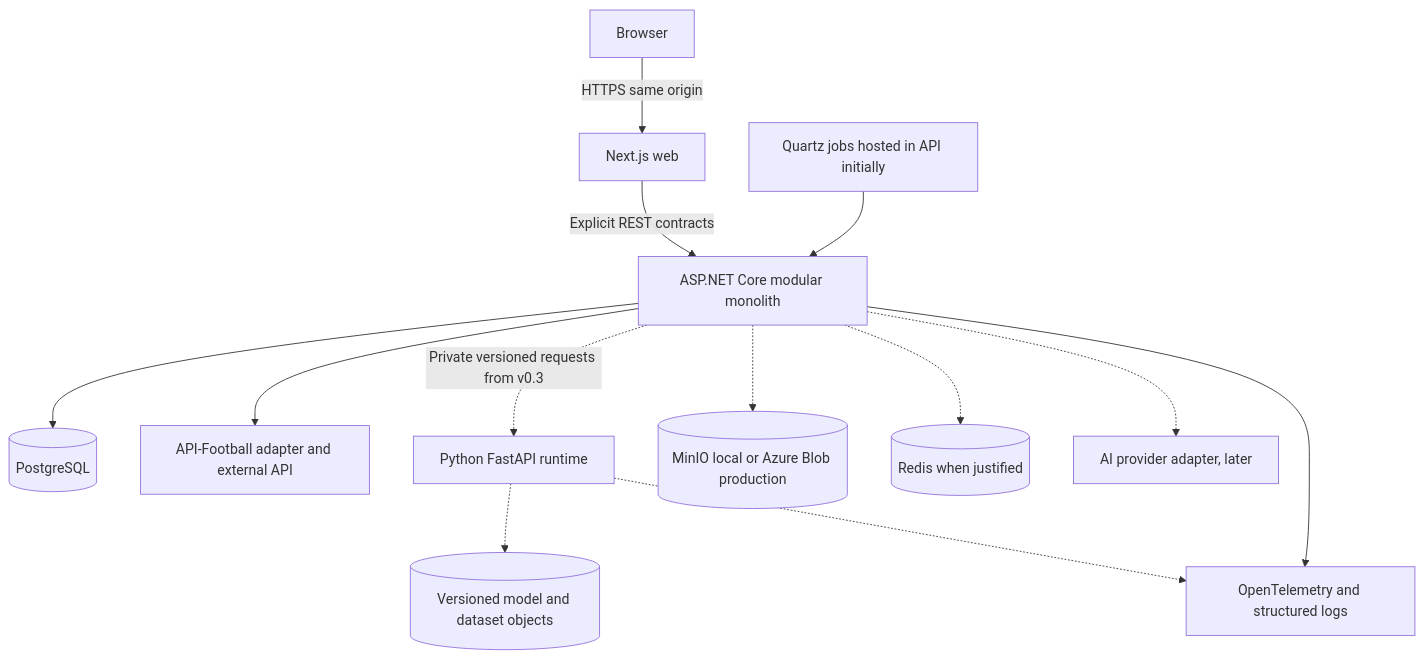
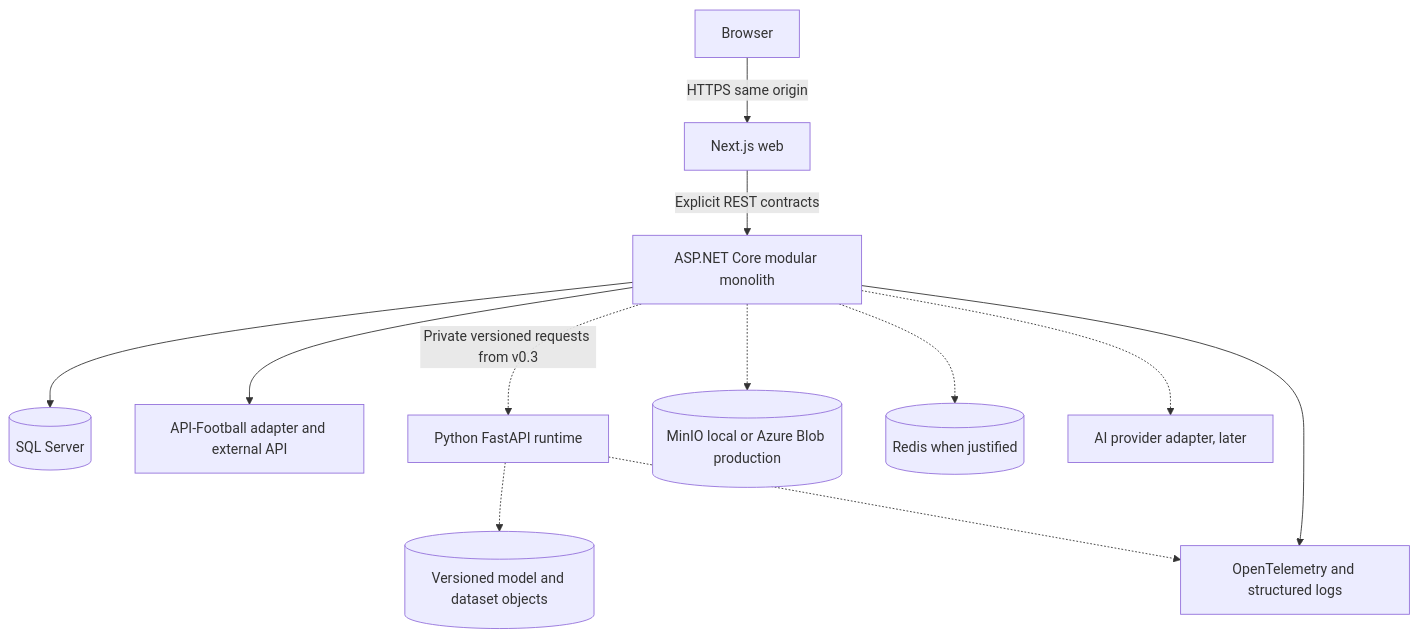
The diagram in docs/architecture/container-view.md (jfrodriguezva/IntelligenceStudio), drawn with Mermaid before and after one commit. The commit also changed other lines of this file and 5 other files, not shown here.

Commit message:
Record SQL Server manual refresh decision

````diff
--- a/docs/architecture/container-view.md
+++ b/docs/architecture/container-view.md
@@ -3,15 +3,14 @@
 ```mermaid
 flowchart TB
     Browser[Browser] -->|HTTPS same origin| Web[Next.js web]
     Web -->|Explicit REST contracts| API[ASP.NET Core modular monolith]
-    API --> PG[(PostgreSQL)]
+    API --> DB[(SQL Server)]
     API --> Provider[API-Football adapter and external API]
-    Jobs[Quartz jobs hosted in API initially] --> API
     API -.->|Private versioned requests from v0.3| ML[Python FastAPI runtime]
     ML -.-> Artifacts[(Versioned model and dataset objects)]
     API -.-> Objects[(MinIO local or Azure Blob production)]
     API -.-> Redis[(Redis when justified)]
     API -.-> AI[AI provider adapter, later]
     API --> Telemetry[OpenTelemetry and structured logs]
     ML -.-> Telemetry
 ```
````
